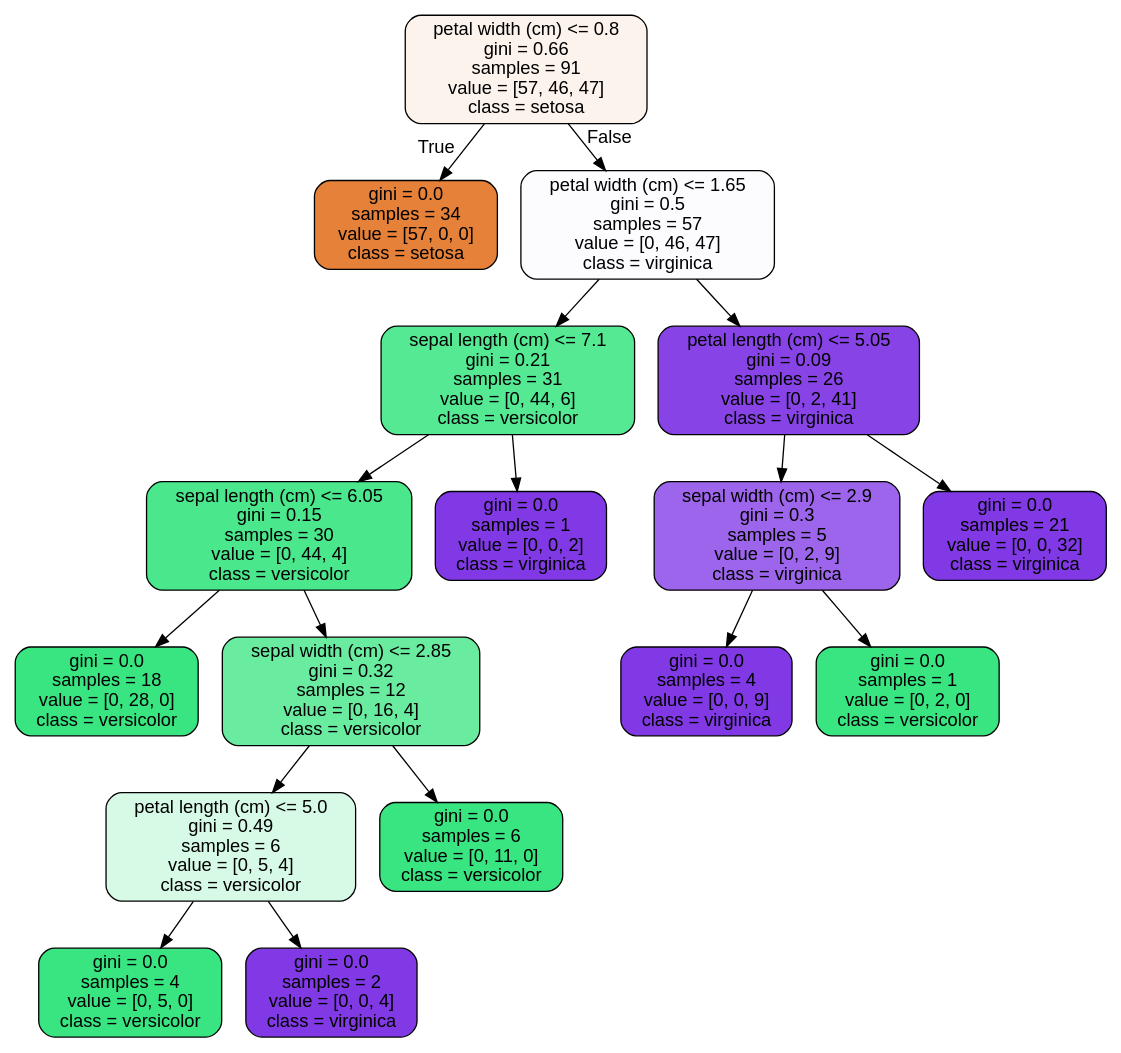
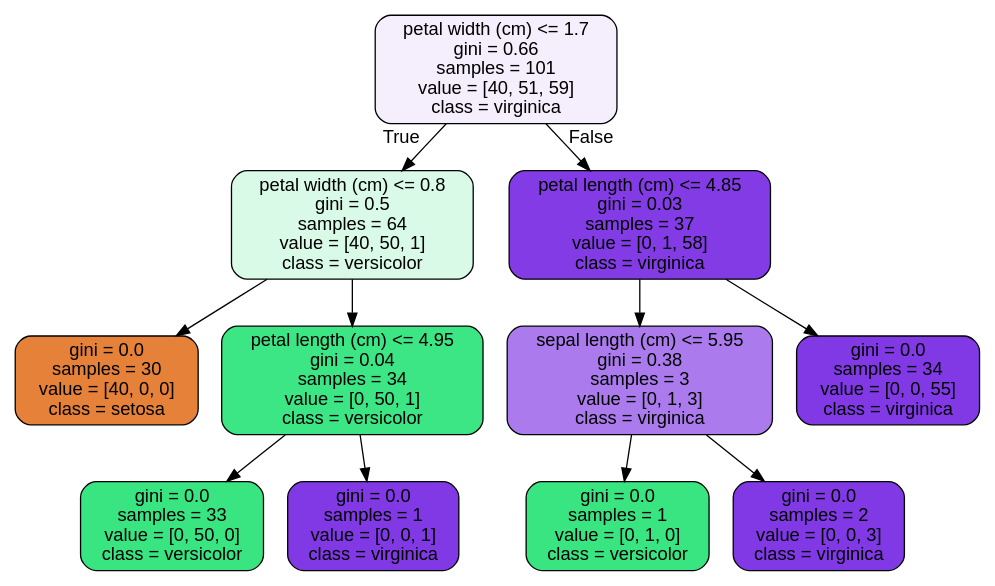
One commit to PINGGEZI/Springboard changed the diagram in machine learning/RandomForest Covid Case Study_06302020/tree.dot. Above: the diagram before and after it, drawn with Graphviz. The commit also changed 3 other files, not shown here.

```diff
--- a/machine learning/RandomForest Covid Case Study_06302020/tree.dot
+++ b/machine learning/RandomForest Covid Case Study_06302020/tree.dot
@@ -1,37 +1,25 @@
 digraph Tree {
 node [shape=box, style="filled, rounded", color="black", fontname=helvetica] ;
 edge [fontname=helvetica] ;
-0 [label="petal width (cm) <= 0.8\ngini = 0.66\nsamples = 91\nvalue = [57, 46, 47]\nclass = setosa", fillcolor="#fcf3ec"] ;
-1 [label="gini = 0.0\nsamples = 34\nvalue = [57, 0, 0]\nclass = setosa", fillcolor="#e58139"] ;
+0 [label="petal width (cm) <= 1.7\ngini = 0.66\nsamples = 101\nvalue = [40, 51, 59]\nclass = virginica", fillcolor="#f5effd"] ;
+1 [label="petal width (cm) <= 0.8\ngini = 0.5\nsamples = 64\nvalue = [40, 50, 1]\nclass = versicolor", fillcolor="#d8fae6"] ;
 0 -> 1 [labeldistance=2.5, labelangle=45, headlabel="True"] ;
-2 [label="petal width (cm) <= 1.65\ngini = 0.5\nsamples = 57\nvalue = [0, 46, 47]\nclass = virginica", fillcolor="#fcfbfe"] ;
-0 -> 2 [labeldistance=2.5, labelangle=-45, headlabel="False"] ;
-3 [label="sepal length (cm) <= 7.1\ngini = 0.21\nsamples = 31\nvalue = [0, 44, 6]\nclass = versicolor", fillcolor="#54e992"] ;
-2 -> 3 ;
-4 [label="sepal length (cm) <= 6.05\ngini = 0.15\nsamples = 30\nvalue = [0, 44, 4]\nclass = versicolor", fillcolor="#4be78c"] ;
+2 [label="gini = 0.0\nsamples = 30\nvalue = [40, 0, 0]\nclass = setosa", fillcolor="#e58139"] ;
+1 -> 2 ;
+3 [label="petal length (cm) <= 4.95\ngini = 0.04\nsamples = 34\nvalue = [0, 50, 1]\nclass = versicolor", fillcolor="#3de684"] ;
+1 -> 3 ;
+4 [label="gini = 0.0\nsamples = 33\nvalue = [0, 50, 0]\nclass = versicolor", fillcolor="#39e581"] ;
 3 -> 4 ;
-5 [label="gini = 0.0\nsamples = 18\nvalue = [0, 28, 0]\nclass = versicolor", fillcolor="#39e581"] ;
-4 -> 5 ;
-6 [label="sepal width (cm) <= 2.85\ngini = 0.32\nsamples = 12\nvalue = [0, 16, 4]\nclass = versicolor", fillcolor="#6aeca0"] ;
-4 -> 6 ;
-7 [label="petal length (cm) <= 5.0\ngini = 0.49\nsamples = 6\nvalue = [0, 5, 4]\nclass = versicolor", fillcolor="#d7fae6"] ;
+5 [label="gini = 0.0\nsamples = 1\nvalue = [0, 0, 1]\nclass = virginica", fillcolor="#8139e5"] ;
+3 -> 5 ;
+6 [label="petal length (cm) <= 4.85\ngini = 0.03\nsamples = 37\nvalue = [0, 1, 58]\nclass = virginica", fillcolor="#833ce5"] ;
+0 -> 6 [labeldistance=2.5, labelangle=-45, headlabel="False"] ;
+7 [label="sepal length (cm) <= 5.95\ngini = 0.38\nsamples = 3\nvalue = [0, 1, 3]\nclass = virginica", fillcolor="#ab7bee"] ;
 6 -> 7 ;
-8 [label="gini = 0.0\nsamples = 4\nvalue = [0, 5, 0]\nclass = versicolor", fillcolor="#39e581"] ;
+8 [label="gini = 0.0\nsamples = 1\nvalue = [0, 1, 0]\nclass = versicolor", fillcolor="#39e581"] ;
 7 -> 8 ;
-9 [label="gini = 0.0\nsamples = 2\nvalue = [0, 0, 4]\nclass = virginica", fillcolor="#8139e5"] ;
+9 [label="gini = 0.0\nsamples = 2\nvalue = [0, 0, 3]\nclass = virginica", fillcolor="#8139e5"] ;
 7 -> 9 ;
-10 [label="gini = 0.0\nsamples = 6\nvalue = [0, 11, 0]\nclass = versicolor", fillcolor="#39e581"] ;
+10 [label="gini = 0.0\nsamples = 34\nvalue = [0, 0, 55]\nclass = virginica", fillcolor="#8139e5"] ;
 6 -> 10 ;
-11 [label="gini = 0.0\nsamples = 1\nvalue = [0, 0, 2]\nclass = virginica", fillcolor="#8139e5"] ;
-3 -> 11 ;
-12 [label="petal length (cm) <= 5.05\ngini = 0.09\nsamples = 26\nvalue = [0, 2, 41]\nclass = virginica", fillcolor="#8743e6"] ;
-2 -> 12 ;
-13 [label="sepal width (cm) <= 2.9\ngini = 0.3\nsamples = 5\nvalue = [0, 2, 9]\nclass = virginica", fillcolor="#9d65eb"] ;
-12 -> 13 ;
-14 [label="gini = 0.0\nsamples = 4\nvalue = [0, 0, 9]\nclass = virginica", fillcolor="#8139e5"] ;
-13 -> 14 ;
-15 [label="gini = 0.0\nsamples = 1\nvalue = [0, 2, 0]\nclass = versicolor", fillcolor="#39e581"] ;
-13 -> 15 ;
-16 [label="gini = 0.0\nsamples = 21\nvalue = [0, 0, 32]\nclass = virginica", fillcolor="#8139e5"] ;
-12 -> 16 ;
 }
```
